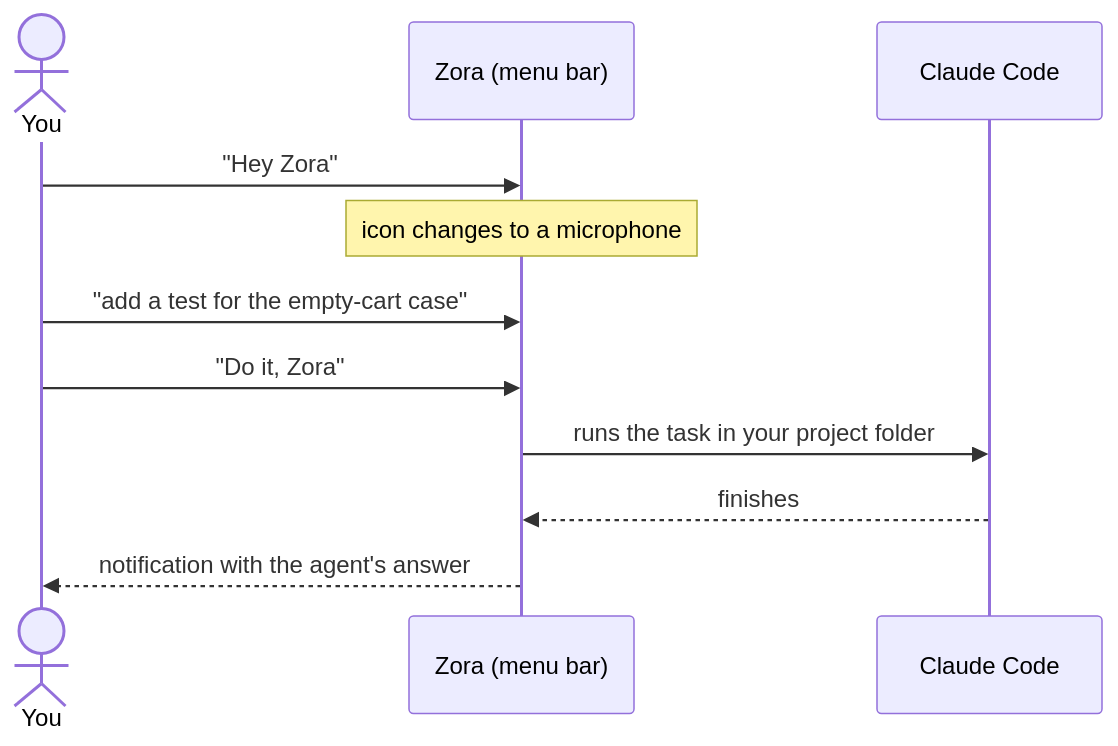
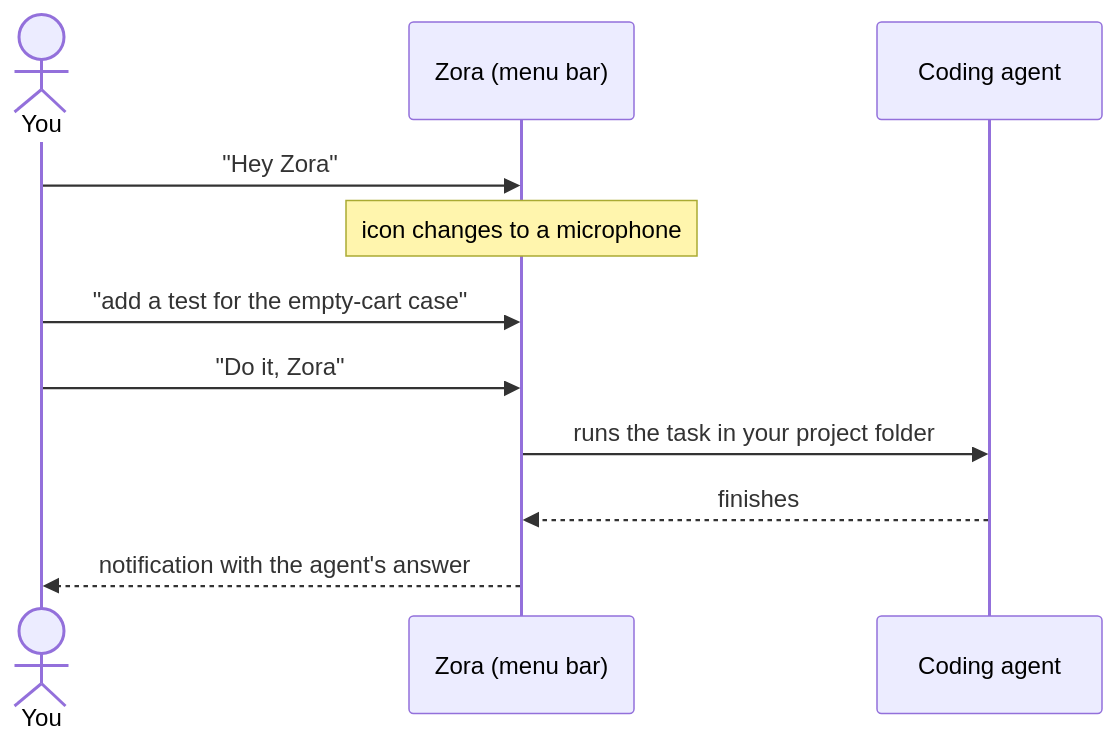
Before and after one commit to laszukdawid/zora: the diagram in README.md, drawn with Mermaid. The commit also changed other lines of this file and 14 other files, not shown here.

First line of the commit message:
feat: choose the coding agent in Settings (Claude Code, Codex, Pi or a custom command)

````diff
--- a/README.md
+++ b/README.md
@@ -20,13 +20,13 @@
 ```mermaid
 sequenceDiagram
     actor You
     participant Zora as Zora (menu bar)
-    participant Agent as Claude Code
+    participant Agent as Coding agent
     You->>Zora: "Hey Zora"
     Note over Zora: icon changes to a microphone
     You->>Zora: "add a test for the empty-cart case"
     You->>Zora: "Do it, Zora"
     Zora->>Agent: runs the task in your project folder
     Agent-->>Zora: finishes
     Zora-->>You: notification with the agent's answer
 ```
````
